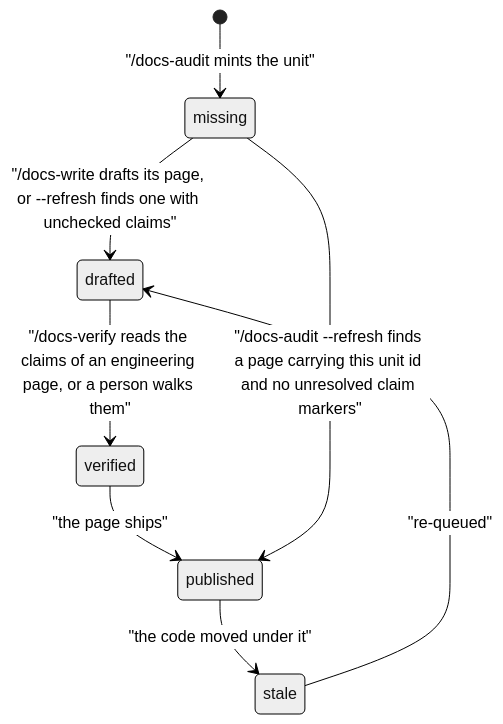
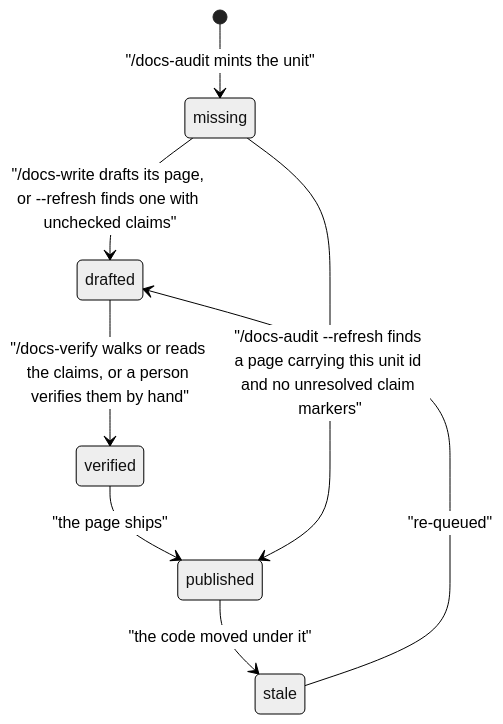
Before and after one commit to ihudak/ai-workflows: the diagram in plugins/docs-workflows/docs/reference/docs-backlog.md, drawn with Mermaid (neutral theme). The commit also changed other lines of this file and 29 other files, not shown here.

````diff
--- a/plugins/docs-workflows/docs/reference/docs-backlog.md
+++ b/plugins/docs-workflows/docs/reference/docs-backlog.md
@@ -36,10 +36,10 @@
 ```mermaid
 stateDiagram-v2
   [*] --> missing: "/docs-audit mints the unit"
   missing --> drafted: "/docs-write drafts its page, or --refresh finds one with unchecked claims"
-  drafted --> verified: "/docs-verify reads the claims of an engineering page, or a person walks them"
+  drafted --> verified: "/docs-verify walks or reads the claims, or a person verifies them by hand"
   verified --> published: "the page ships"
   published --> stale: "the code moved under it"
   stale --> drafted: "re-queued"
   missing --> published: "/docs-audit --refresh finds a page carrying this unit id and no unresolved claim markers"
 ```
````
